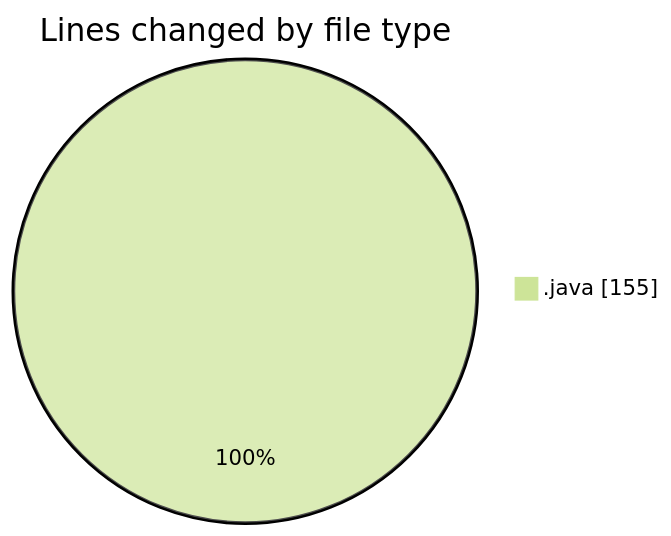
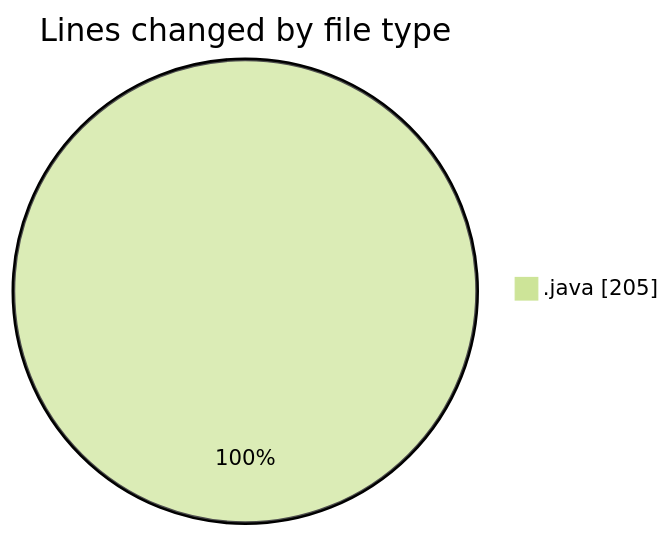
One commit to hasnaa123/code-tracking changed the first of 2 diagrams in 2026-02-14/java/README.md. Above: the diagram before and after it, drawn with Mermaid (forest theme). The commit also changed other lines of this file and 1 other file, not shown here.

````diff
--- a/2026-02-14/java/README.md
+++ b/2026-02-14/java/README.md
@@ -23,5 +24,5 @@
 ```mermaid
 pie showData
 title Lines changed by file type
-".java" : 155
+".java" : 205
 ```
````
